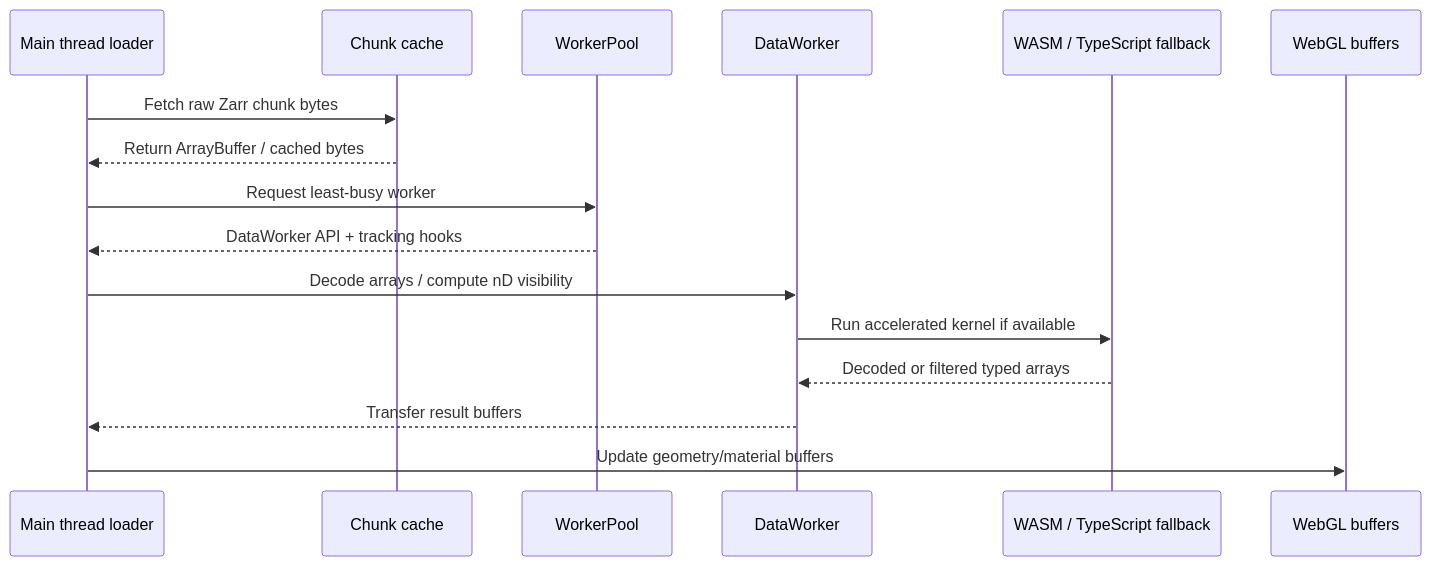
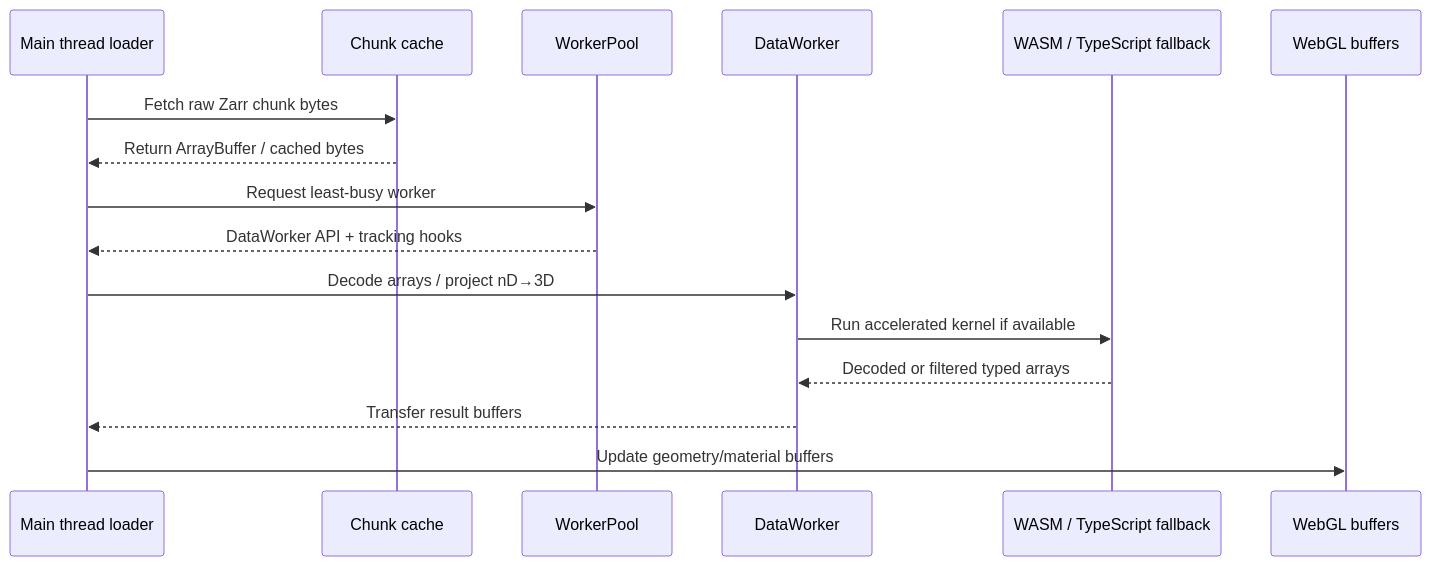
The diagram in packages/luxar-viewer/src/workers/README.md (royerlab/luxar), drawn with Mermaid before and after one commit. The commit also changed other lines of this file and 43 other files, not shown here.

````diff
--- a/packages/luxar-viewer/src/workers/README.md
+++ b/packages/luxar-viewer/src/workers/README.md
@@ -20,19 +20,19 @@
 ```mermaid
 sequenceDiagram
     participant Loader as Main thread loader
     participant Cache as Chunk cache
     participant Pool as WorkerPool
     participant Worker as DataWorker
     participant WASM as WASM / TypeScript fallback
     participant GPU as WebGL buffers
 
     Loader->>Cache: Fetch raw Zarr chunk bytes
     Cache-->>Loader: Return ArrayBuffer / cached bytes
     Loader->>Pool: Request least-busy worker
     Pool-->>Loader: DataWorker API + tracking hooks
-    Loader->>Worker: Decode arrays / compute nD visibility
+    Loader->>Worker: Decode arrays / project nD→3D
     Worker->>WASM: Run accelerated kernel if available
     WASM-->>Worker: Decoded or filtered typed arrays
     Worker-->>Loader: Transfer result buffers
     Loader->>GPU: Update geometry/material buffers
 ```
````
